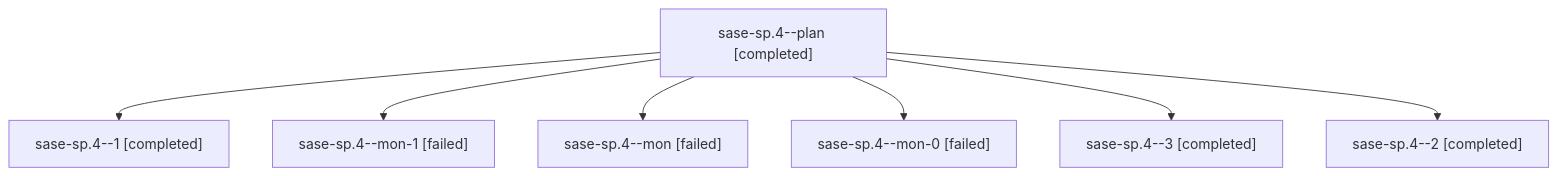
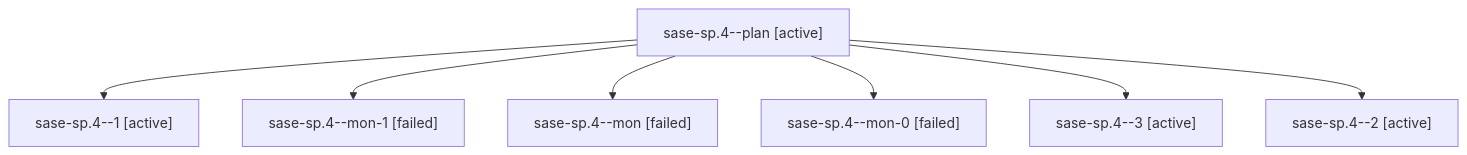
Before and after one commit to sase-org/sase--agents: the diagram in families/bbugyi200.athena.sase-sp.4.md, drawn with Mermaid. The commit also changed other lines of this file and 35830 other files, not shown here.

````diff
--- a/families/bbugyi200.athena.sase-sp.4.md
+++ b/families/bbugyi200.athena.sase-sp.4.md
@@ -9,16 +9,16 @@
 ```mermaid
 flowchart TD
-  n0["sase-sp.4--plan [completed]"]
-  n1["sase-sp.4--1 [completed]"]
+  n0["sase-sp.4--plan [active]"]
+  n1["sase-sp.4--1 [active]"]
   n0 --> n1
   n2["sase-sp.4--mon-1 [failed]"]
   n0 --> n2
   n3["sase-sp.4--mon [failed]"]
   n0 --> n3
   n4["sase-sp.4--mon-0 [failed]"]
   n0 --> n4
-  n5["sase-sp.4--3 [completed]"]
+  n5["sase-sp.4--3 [active]"]
   n0 --> n5
-  n6["sase-sp.4--2 [completed]"]
+  n6["sase-sp.4--2 [active]"]
   n0 --> n6
 ```
````
